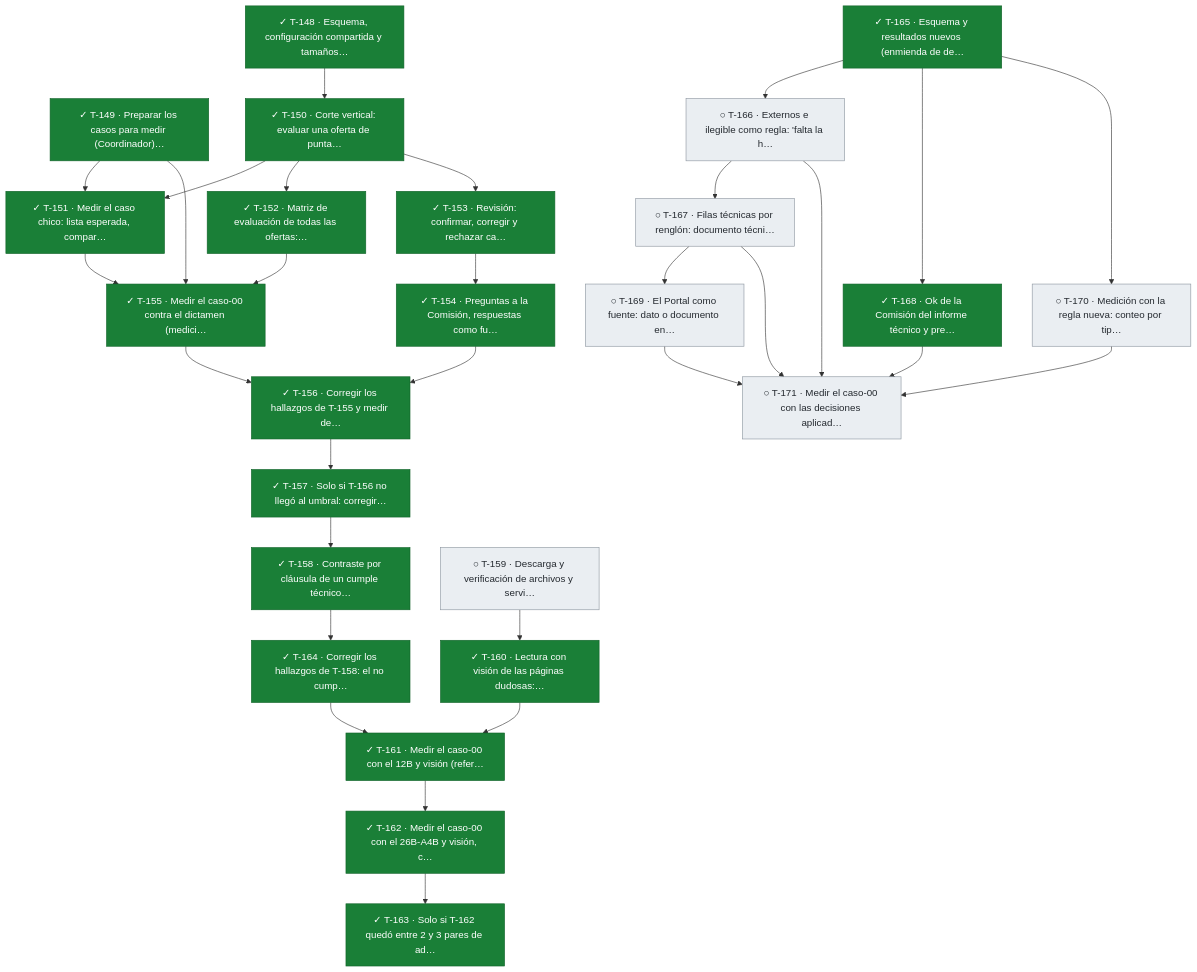
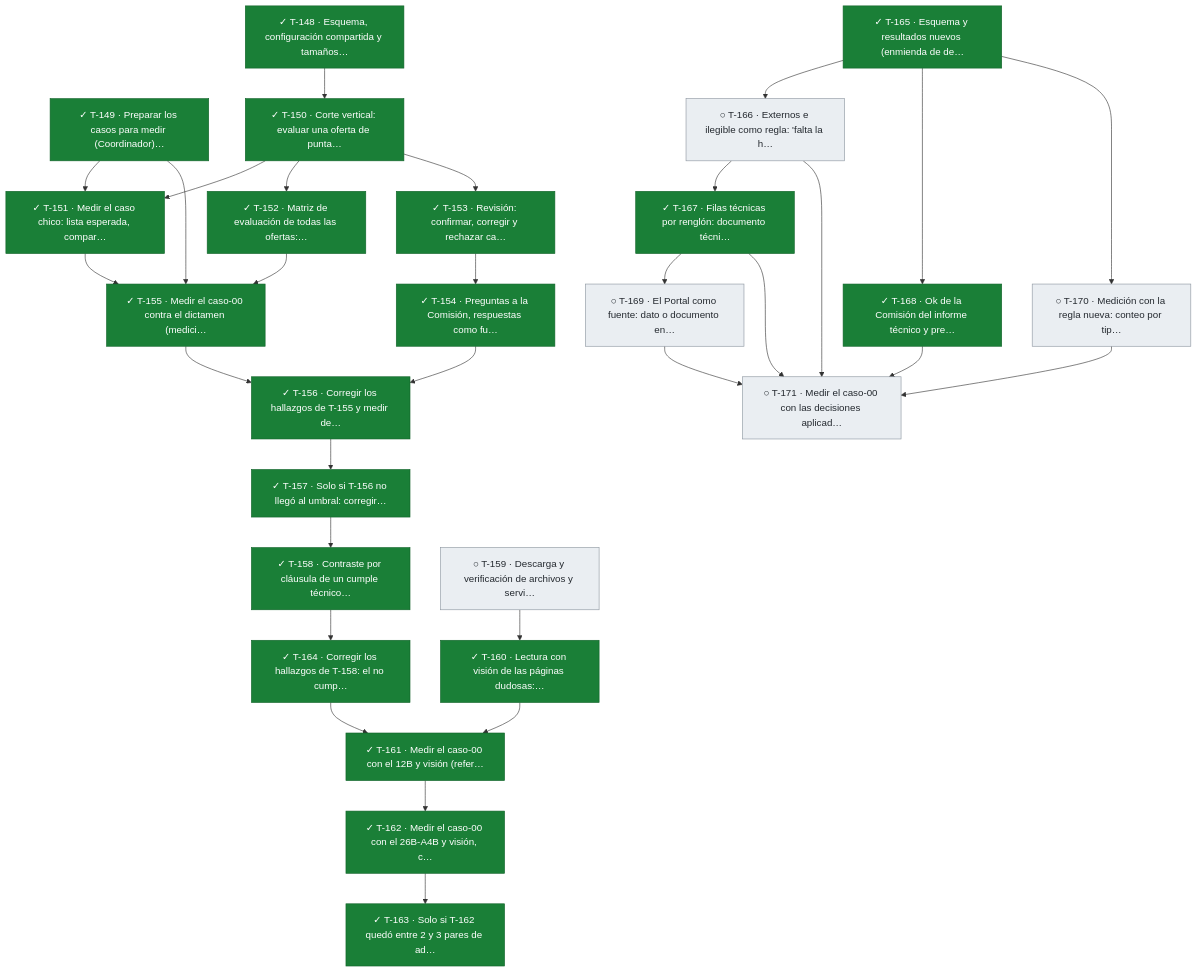
One commit to snavello/EVALUON changed the seventh of 11 diagrams in docs/tablero.md. Above: the diagram before and after it, drawn with Mermaid. The commit also changed other lines of this file and 1 other file, not shown here.

````diff
--- a/docs/tablero.md
+++ b/docs/tablero.md
@@ -699,61 +699,61 @@
 ```mermaid
 flowchart TD
   T148["✓ T-148 · Esquema, configuración compartida y tamaños…"]:::done
   T149["✓ T-149 · Preparar los casos para medir (Coordinador)…"]:::done
   T150["✓ T-150 · Corte vertical: evaluar una oferta de punta…"]:::done
   T151["✓ T-151 · Medir el caso chico: lista esperada, compar…"]:::done
   T152["✓ T-152 · Matriz de evaluación de todas las ofertas:…"]:::done
   T153["✓ T-153 · Revisión: confirmar, corregir y rechazar ca…"]:::done
   T154["✓ T-154 · Preguntas a la Comisión, respuestas como fu…"]:::done
   T155["✓ T-155 · Medir el caso-00 contra el dictamen (medici…"]:::done
   T156["✓ T-156 · Corregir los hallazgos de T-155 y medir de…"]:::done
   T157["✓ T-157 · Solo si T-156 no llegó al umbral: corregir…"]:::done
   T158["✓ T-158 · Contraste por cláusula de un cumple técnico…"]:::done
   T164["✓ T-164 · Corregir los hallazgos de T-158: el no cump…"]:::done
   T159["○ T-159 · Descarga y verificación de archivos y servi…"]:::todo
   T160["✓ T-160 · Lectura con visión de las páginas dudosas:…"]:::done
   T161["✓ T-161 · Medir el caso-00 con el 12B y visión (refer…"]:::done
   T162["✓ T-162 · Medir el caso-00 con el 26B-A4B y visión, c…"]:::done
   T163["✓ T-163 · Solo si T-162 quedó entre 2 y 3 pares de ad…"]:::done
   T165["✓ T-165 · Esquema y resultados nuevos (enmienda de de…"]:::done
   T166["○ T-166 · Externos e ilegible como regla: 'falta la h…"]:::todo
-  T167["○ T-167 · Filas técnicas por renglón: documento técni…"]:::todo
+  T167["✓ T-167 · Filas técnicas por renglón: documento técni…"]:::done
   T168["✓ T-168 · Ok de la Comisión del informe técnico y pre…"]:::done
   T169["○ T-169 · El Portal como fuente: dato o documento en…"]:::todo
   T170["○ T-170 · Medición con la regla nueva: conteo por tip…"]:::todo
   T171["○ T-171 · Medir el caso-00 con las decisiones aplicad…"]:::todo
   T148 --> T150
   T149 --> T151
   T150 --> T151
   T150 --> T152
   T150 --> T153
   T153 --> T154
   T149 --> T155
   T151 --> T155
   T152 --> T155
   T154 --> T156
   T155 --> T156
   T156 --> T157
   T157 --> T158
   T158 --> T164
   T159 --> T160
   T160 --> T161
   T164 --> T161
   T161 --> T162
   T162 --> T163
   T165 --> T166
   T166 --> T167
   T165 --> T168
   T167 --> T169
   T165 --> T170
   T166 --> T171
   T167 --> T171
   T168 --> T171
   T169 --> T171
   T170 --> T171
   classDef done fill:#1a7f37,stroke:#116329,color:#ffffff
   classDef review fill:#0969da,stroke:#0550ae,color:#ffffff
   classDef active fill:#bf8700,stroke:#7d4e00,color:#ffffff
   classDef blocked fill:#cf222e,stroke:#a40e26,color:#ffffff
   classDef todo fill:#eaeef2,stroke:#8c959f,color:#24292f
 ```
````
